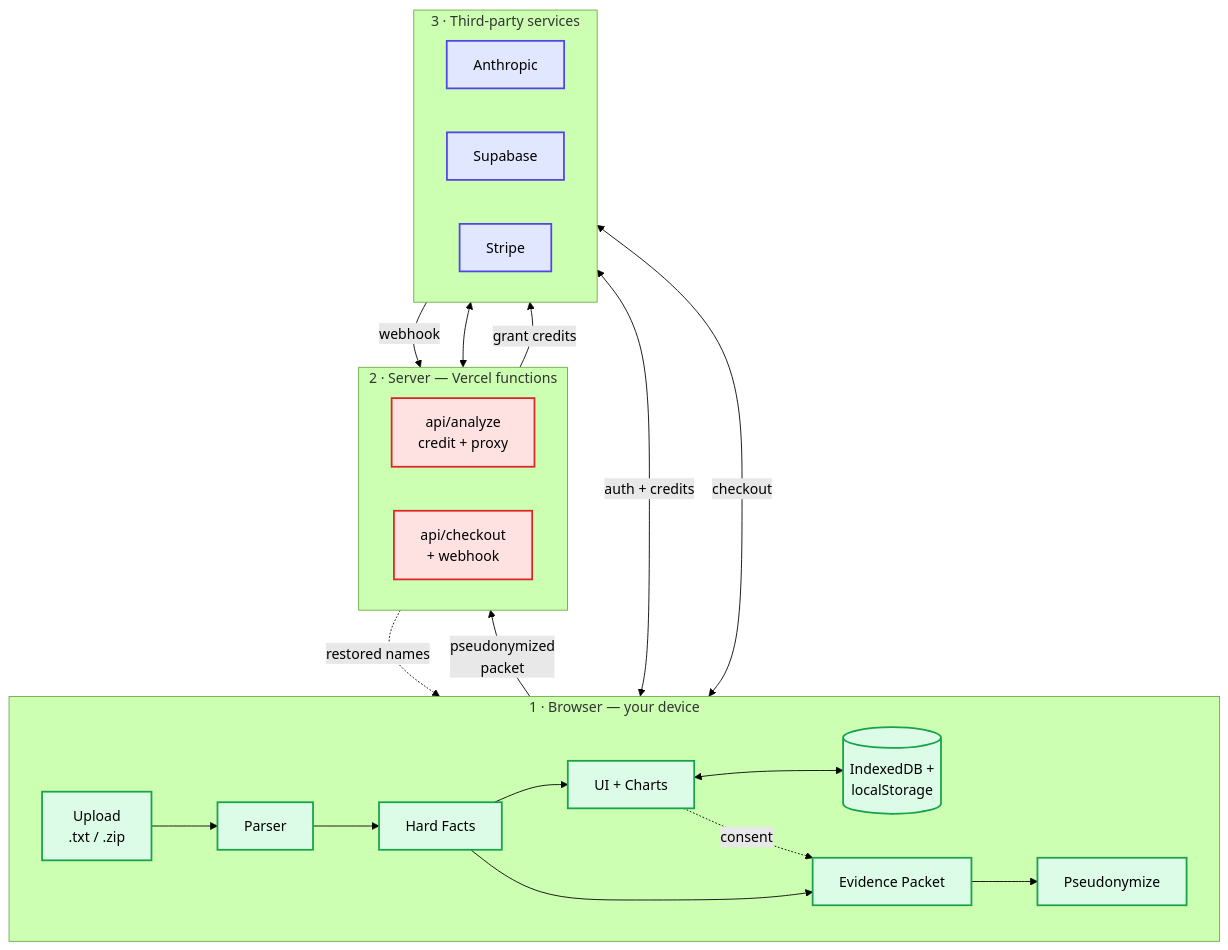
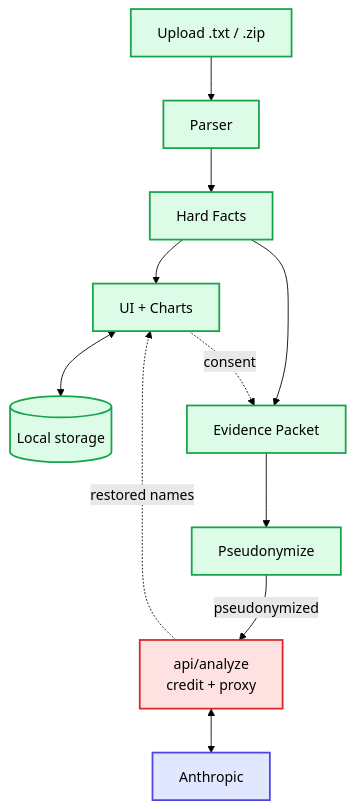
One commit to Nils43/chat-roentgen changed the first of 2 diagrams in docs/Concept.md. Above: the diagram before and after it, drawn with Mermaid (forest theme). The commit also changed other lines of this file, not shown here.

Commit message:
Concept.md: split architecture into two crossing-free diagrams
The combined diagram had Browser→External hops (UI↔Supabase, UI↔Stripe)
that bypassed the server layer, which forced their lines to cross the
server column on every renderer. Split into two:

- Flow A — chat analysis: vertical chain from upload to Anthropic via
  /api/analyze, with the consent + restored-names dotted loops as the
  only side branches. Reads top-down with no crossings.
- Flow B — accounts and payments: linear left-to-right chain
  (UI → Stripe → webhook → Supabase) plus a single bypass for the
  auth/balance read. No crossings.

Each diagram has its own one-line lede; the section title now
acknowledges there are two diagrams instead of pretending one fits.
Class colors retained (green = browser, red = server, blue = external)
so the layer identity is visible inside the smaller frames.

````diff
--- a/docs/Concept.md
+++ b/docs/Concept.md
@@ -21,41 +25,18 @@
 ```mermaid
 flowchart TB
-    subgraph BR["1 · Browser — your device"]
-        direction LR
-        UP[Upload<br/>.txt / .zip] --> PA[Parser] --> HF[Hard Facts] --> UI[UI + Charts]
-        UI <--> STORE[("IndexedDB +<br/>localStorage")]
-        HF --> EV[Evidence Packet]
-        UI -. consent .-> EV
-        EV --> PS[Pseudonymize]
-    end
-
-    subgraph SV["2 · Server — Vercel functions"]
-        direction LR
-        AX["api/analyze<br/>credit + proxy"]
-        CK["api/checkout<br/>+ webhook"]
-    end
-
-    subgraph EX["3 · Third-party services"]
-        direction LR
-        AN[Anthropic]
-        SU[Supabase]
-        SP[Stripe]
-    end
-
-    PS -->|pseudonymized<br/>packet| AX
-    AX <--> AN
+    UP[Upload .txt / .zip] --> PA[Parser] --> HF[Hard Facts] --> UI[UI + Charts]
+    UI <--> ST[(Local storage)]
+    HF --> EV[Evidence Packet]
+    UI -. consent .-> EV
+    EV --> PS[Pseudonymize]
+    PS -->|pseudonymized| AX["api/analyze<br/>credit + proxy"]
+    AX <--> AN[Anthropic]
     AX -. restored names .-> UI
-
-    UI <-->|auth + credits| SU
-    UI <-->|checkout| SP
-    SP -->|webhook| CK
-    CK -->|grant credits| SU
 
     classDef br fill:#dcfce7,stroke:#16a34a,color:#000,stroke-width:2px
     classDef sv fill:#fee2e2,stroke:#dc2626,color:#000,stroke-width:2px
     classDef ex fill:#e0e7ff,stroke:#4f46e5,color:#000,stroke-width:2px
-
-    class UP,PA,HF,UI,STORE,EV,PS br
-    class AX,CK sv
-    class AN,SU,SP ex
+    class UP,PA,HF,UI,ST,EV,PS br
+    class AX sv
+    class AN ex
 ```
````
